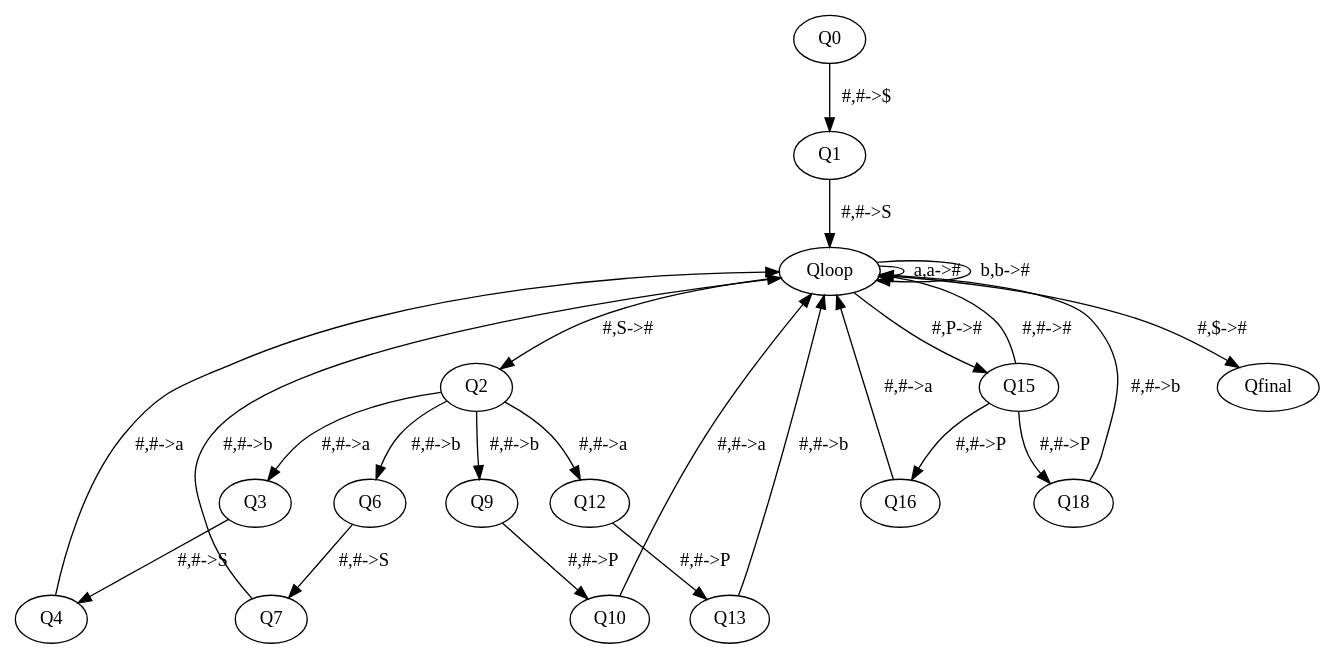
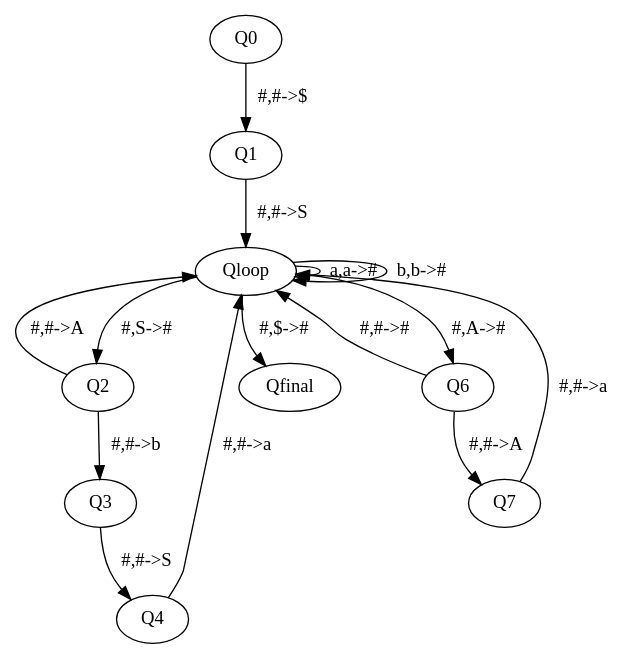
Before and after one commit to ZiadKasem/AutomataProject: the diagram in PDA/Digraph.gv, drawn with Graphviz. The commit also changed 6 other files, not shown here.

```diff
--- a/PDA/Digraph.gv
+++ b/PDA/Digraph.gv
@@ -1,27 +1,17 @@
 // pda
 digraph {
 	Q0 -> Q1 [label="#,#->$"]
 	Q1 -> Qloop [label="#,#->S"]
 	Qloop -> Qloop [label="a,a->#"]
 	Qloop -> Qloop [label="b,b->#"]
 	Qloop -> Q2 [label="#,S->#"]
-	Qloop -> Q15 [label="#,P->#"]
+	Qloop -> Q6 [label="#,A->#"]
 	Qloop -> Qfinal [label="#,$->#"]
-	Q2 -> Q3 [label="#,#->a"]
-	Q2 -> Q6 [label="#,#->b"]
-	Q2 -> Q9 [label="#,#->b"]
-	Q2 -> Q12 [label="#,#->a"]
+	Q2 -> Q3 [label="#,#->b"]
+	Q2 -> Qloop [label="#,#->A"]
 	Q3 -> Q4 [label="#,#->S"]
 	Q4 -> Qloop [label="#,#->a"]
-	Q6 -> Q7 [label="#,#->S"]
-	Q7 -> Qloop [label="#,#->b"]
-	Q9 -> Q10 [label="#,#->P"]
-	Q10 -> Qloop [label="#,#->a"]
-	Q12 -> Q13 [label="#,#->P"]
-	Q13 -> Qloop [label="#,#->b"]
-	Q15 -> Q16 [label="#,#->P"]
-	Q15 -> Q18 [label="#,#->P"]
-	Q15 -> Qloop [label="#,#->#"]
-	Q16 -> Qloop [label="#,#->a"]
-	Q18 -> Qloop [label="#,#->b"]
+	Q6 -> Q7 [label="#,#->A"]
+	Q6 -> Qloop [label="#,#->#"]
+	Q7 -> Qloop [label="#,#->a"]
 }
```
